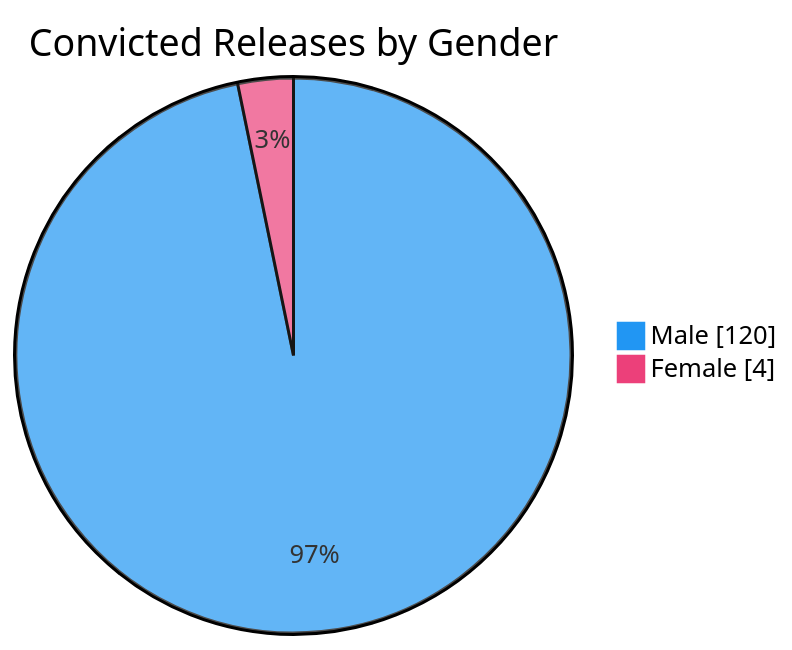
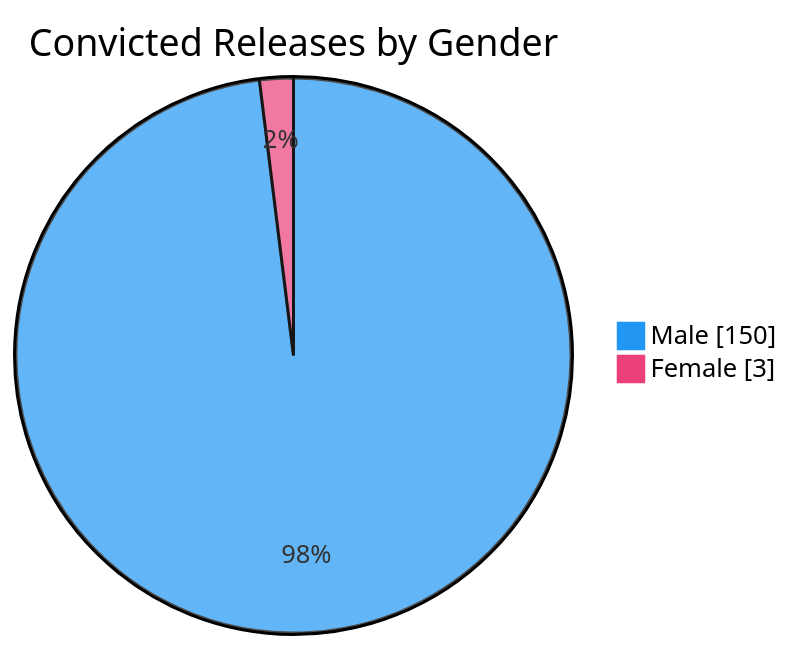
The sixth of 7 diagrams in README.md (nuuuwan/lk_prisons), drawn with Mermaid before and after one commit. The commit also changed other lines of this file and 1 other file, not shown here.

````diff
--- a/README.md
+++ b/README.md
@@ -98,6 +98,6 @@
 ```mermaid
 %%{init: {'themeVariables': {'pie1': '#2196F3', 'pie2': '#EC407A'}}}%%
 pie showData title Convicted Releases by Gender
-    "Male" : 120
-    "Female" : 4
+    "Male" : 150
+    "Female" : 3
 ```
````
